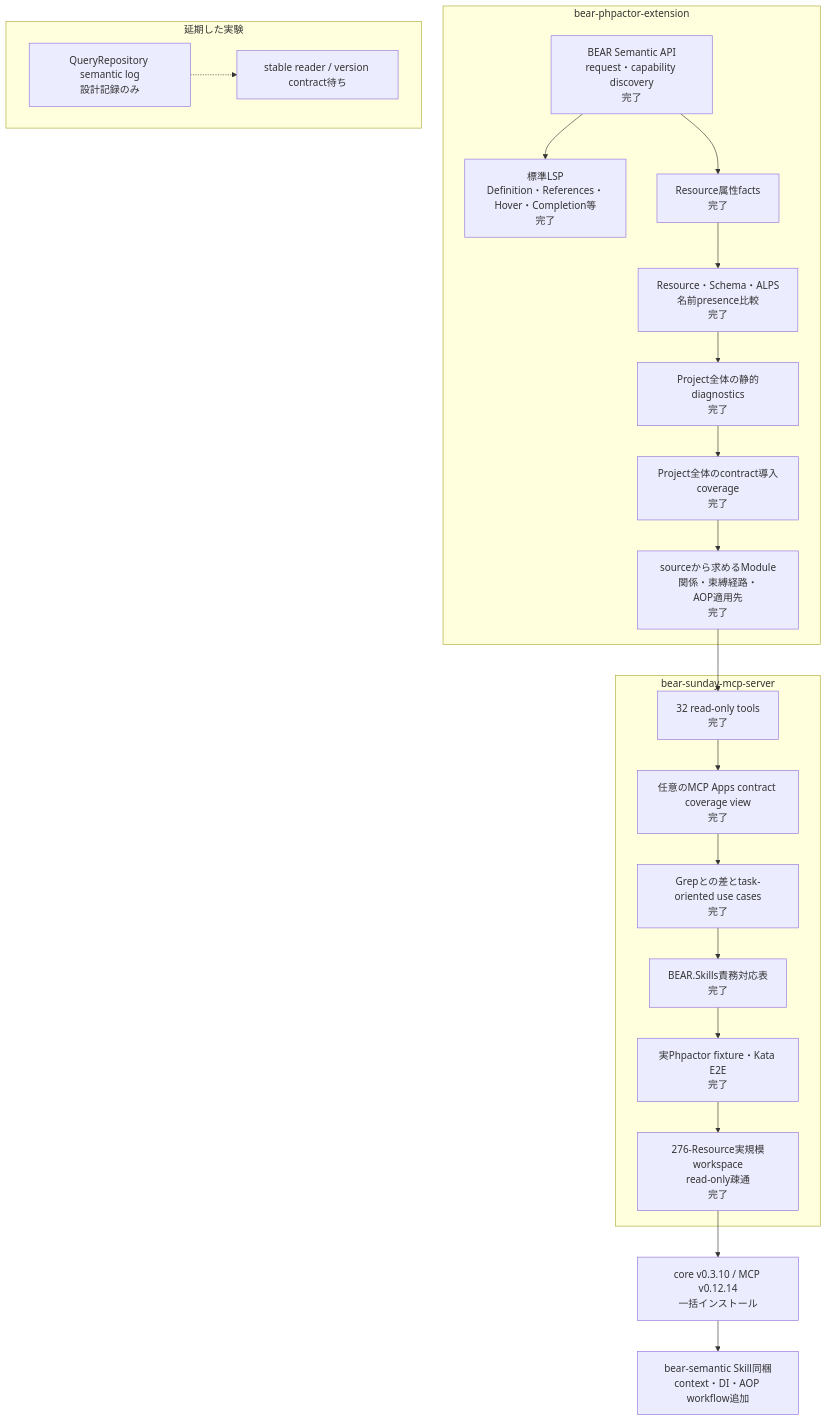
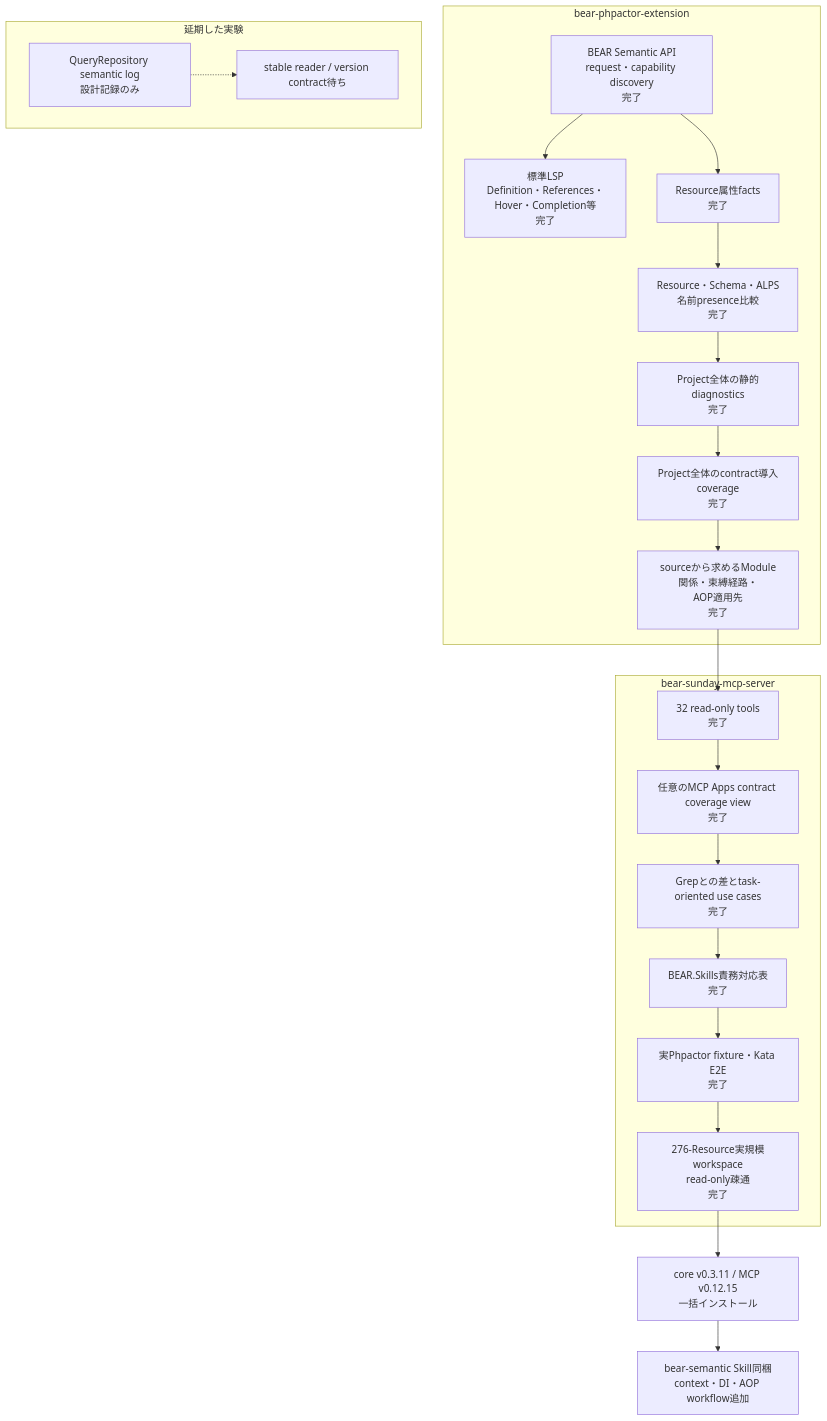
The diagram in docs/project-status.ja.md (suzumaze/bear-sunday-mcp-server), drawn with Mermaid before and after one commit. The commit also changed other lines of this file and 7 other files, not shown here.

````diff
--- a/docs/project-status.ja.md
+++ b/docs/project-status.ja.md
@@ -8,35 +8,35 @@
 ```mermaid
 flowchart TB
     subgraph Core["bear-phpactor-extension"]
         C1["BEAR Semantic API<br/>request・capability discovery<br/>完了"]
         C2["標準LSP<br/>Definition・References・Hover・Completion等<br/>完了"]
         C3["Resource属性facts<br/>完了"]
         C4["Resource・Schema・ALPS<br/>名前presence比較<br/>完了"]
         C5["Project全体の静的diagnostics<br/>完了"]
         C6["Project全体のcontract導入coverage<br/>完了"]
         C7["sourceから求めるModule関係・束縛経路・<br/>AOP適用先<br/>完了"]
         C1 --> C2
         C1 --> C3 --> C4 --> C5 --> C6 --> C7
     end
 
     subgraph MCP["bear-sunday-mcp-server"]
         M1["32 read-only tools<br/>完了"]
         M0["任意のMCP Apps contract coverage view<br/>完了"]
         M2["Grepとの差とtask-oriented use cases<br/>完了"]
         M3["BEAR.Skills責務対応表<br/>完了"]
         M4["実Phpactor fixture・Kata E2E<br/>完了"]
         M5["276-Resource実規模workspace<br/>read-only疎通<br/>完了"]
         M1 --> M0 --> M2 --> M3 --> M4 --> M5
     end
 
     C7 --> M1
 
     subgraph Deferred["延期した実験"]
         D1["QueryRepository semantic log<br/>設計記録のみ"]
         D2["stable reader / version contract待ち"]
         D1 -.-> D2
     end
 
-    M5 --> R1["core v0.3.10 / MCP v0.12.14<br/>一括インストール"]
+    M5 --> R1["core v0.3.11 / MCP v0.12.15<br/>一括インストール"]
     R1 --> S1["bear-semantic Skill同梱<br/>context・DI・AOP workflow追加"]
 ```
````
